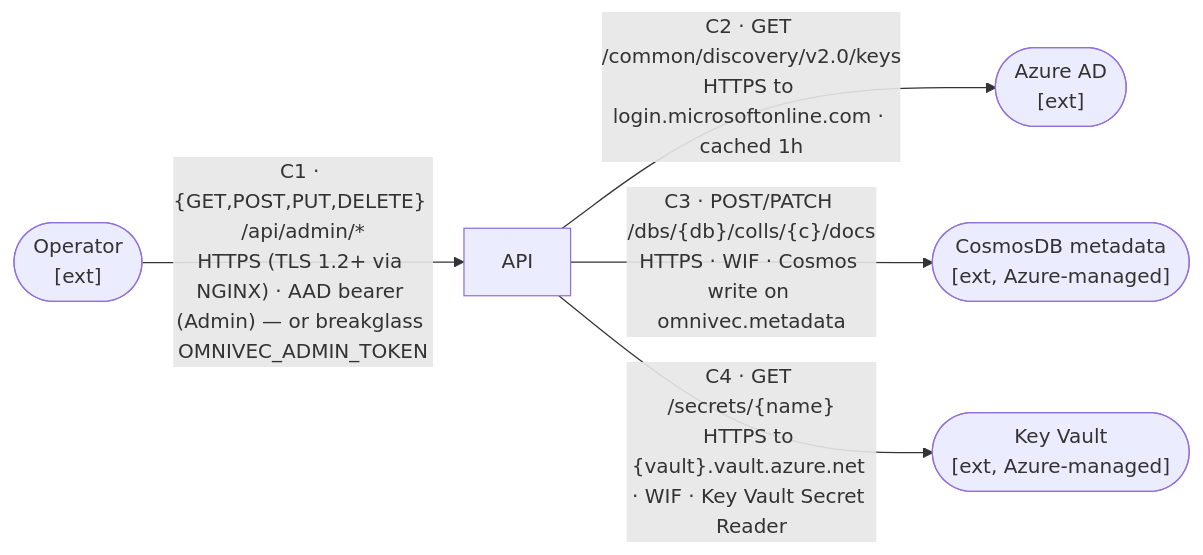
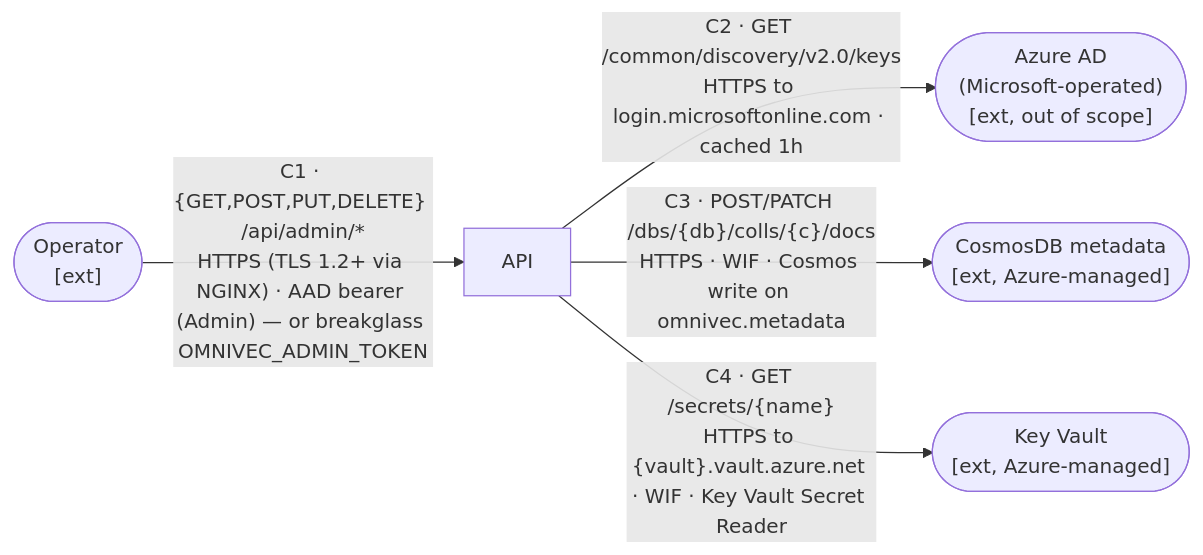
One commit to AzureCosmosDB/OmniVec changed the fourth of 5 diagrams in docs/security/threat-model.md. Above: the diagram before and after it, drawn with Mermaid. The commit also changed other lines of this file and 2 other files, not shown here.

First line of the commit message:
security(threat-model): mark Azure AD as external + out of scope

````diff
--- a/docs/security/threat-model.md
+++ b/docs/security/threat-model.md
@@ -198,13 +199,13 @@
 ```mermaid
 flowchart LR
   admin(["Operator<br/>[ext]"])
-  aad(["Azure AD<br/>[ext]"])
+  aad(["Azure AD<br/>(Microsoft-operated)<br/>[ext, out of scope]"])
   api["API"]
   cmeta(["CosmosDB metadata<br/>[ext, Azure-managed]"])
   kv(["Key Vault<br/>[ext, Azure-managed]"])
 
   admin -->|"C1 · {GET,POST,PUT,DELETE} /api/admin/*<br/>HTTPS (TLS 1.2+ via NGINX) · AAD bearer (Admin) — or breakglass OMNIVEC_ADMIN_TOKEN"| api
   api -->|"C2 · GET /common/discovery/v2.0/keys<br/>HTTPS to login.microsoftonline.com · cached 1h"| aad
   api -->|"C3 · POST/PATCH /dbs/{db}/colls/{c}/docs<br/>HTTPS · WIF · Cosmos write on omnivec.metadata"| cmeta
   api -->|"C4 · GET /secrets/{name}<br/>HTTPS to {vault}.vault.azure.net · WIF · Key Vault Secret Reader"| kv
 ```
````
